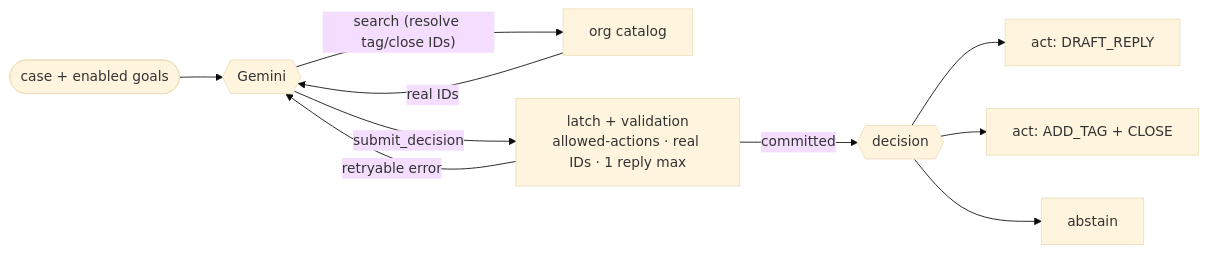
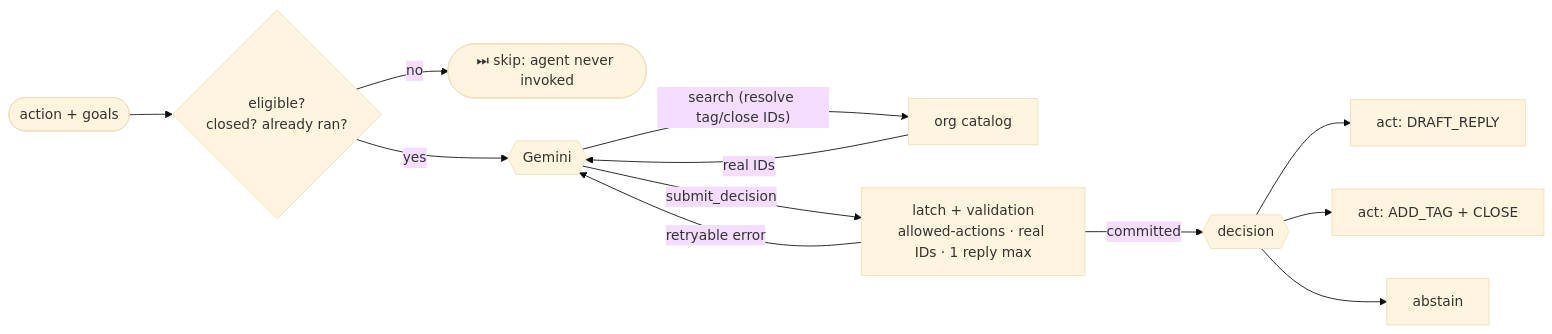
Before and after one commit to Ayush2k02/goal-agent-workbook: the first of 3 diagrams in README.md, drawn with Mermaid (base theme). The commit also changed other lines of this file and 11 other files, not shown here.

First line of the commit message:
Consolidate data into data.store.ts; add Lyft org + eligibility skip gate

````diff
--- a/README.md
+++ b/README.md
@@ -38,12 +41,14 @@
 ```mermaid
 flowchart LR
-  IN([case + enabled goals]) --> M{{Gemini}}
+  IN([action + goals]) --> GATE{eligible?<br/>closed? already ran?}
+  GATE -- "no" --> SKIP([⏭ skip: agent never invoked])
+  GATE -- "yes" --> M{{Gemini}}
   M -- "search (resolve tag/close IDs)" --> C[org catalog]
   C -- "real IDs" --> M
   M -- "submit_decision" --> D[latch + validation<br/>allowed-actions · real IDs · 1 reply max]
   D -- "retryable error" --> M
   D -- committed --> OUT{{decision}}
   OUT --> R[act: DRAFT_REPLY]
   OUT --> T[act: ADD_TAG + CLOSE]
   OUT --> A[abstain]
 ```
````
